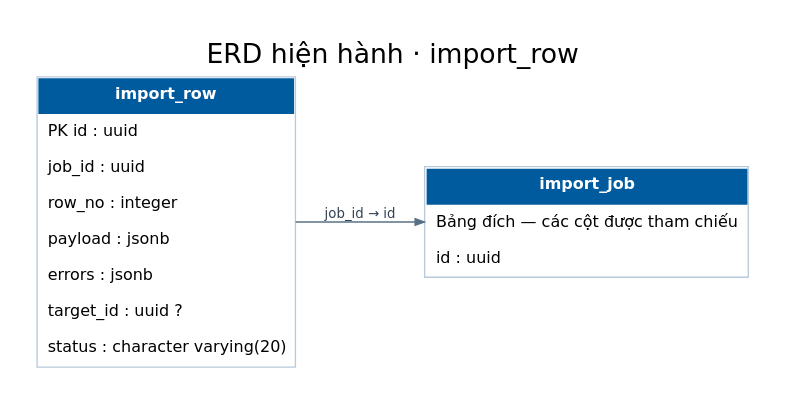
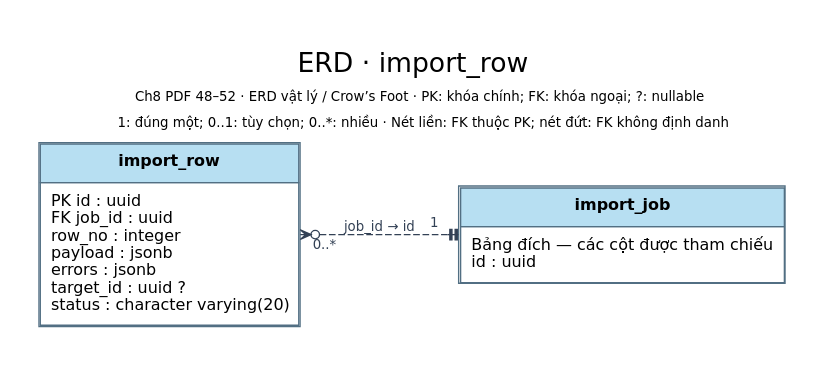
The diagram in 03_So_do/Hien_hanh/dot/ERD_import_row.dot (TEAM-DEV-FIVE/WMS_BA_2_0), drawn with Graphviz before and after one commit. The commit also changed 295 other files, not shown here.

Commit message:
docs: align current diagrams with BA notation and streamline READMEs

```diff
--- a/03_So_do/Hien_hanh/dot/ERD_import_row.dot
+++ b/03_So_do/Hien_hanh/dot/ERD_import_row.dot
@@ -1,9 +1,9 @@
 digraph WMS {
-graph [rankdir=LR, bgcolor="white", nodesep=.32, ranksep=.6, pad=.28];
+graph [rankdir=LR, bgcolor="white", nodesep=.5, ranksep=.9, pad=.3];
 node [shape=plain, fontname="DejaVu Sans", fontsize=12];
-edge [fontname="DejaVu Sans", fontsize=10, color="#567086", fontcolor="#334155", arrowsize=.7];
-label="ERD hiện hành · import_row"; labelloc=t; fontname="DejaVu Sans"; fontsize=20;
-"import_row" [label=<<TABLE BORDER="1" CELLBORDER="0" CELLSPACING="0" CELLPADDING="7" COLOR="#b7c9da"><TR><TD BGCOLOR="#005b9e"><FONT COLOR="white"><B>import_row</B></FONT></TD></TR><TR><TD ALIGN="LEFT">PK id : uuid</TD></TR><TR><TD ALIGN="LEFT">job_id : uuid</TD></TR><TR><TD ALIGN="LEFT">row_no : integer</TD></TR><TR><TD ALIGN="LEFT">payload : jsonb</TD></TR><TR><TD ALIGN="LEFT">errors : jsonb</TD></TR><TR><TD ALIGN="LEFT">target_id : uuid ?</TD></TR><TR><TD ALIGN="LEFT">status : character varying(20)</TD></TR></TABLE>>];
-"import_job" [label=<<TABLE BORDER="1" CELLBORDER="0" CELLSPACING="0" CELLPADDING="7" COLOR="#b7c9da"><TR><TD BGCOLOR="#005b9e"><FONT COLOR="white"><B>import_job</B></FONT></TD></TR><TR><TD ALIGN="LEFT">Bảng đích — các cột được tham chiếu</TD></TR><TR><TD ALIGN="LEFT">id : uuid</TD></TR></TABLE>>];
-"import_row" -> "import_job" [label="job_id → id"];
+edge [fontname="DejaVu Sans", fontsize=10, color="#334155", fontcolor="#334155", arrowsize=.8];
+label=<<TABLE BORDER="0" CELLBORDER="0" CELLPADDING="3"><TR><TD><FONT POINT-SIZE="20">ERD · import_row</FONT></TD></TR><TR><TD><FONT POINT-SIZE="10">Ch8 PDF 48–52 · ERD vật lý / Crow’s Foot · PK: khóa chính; FK: khóa ngoại; ?: nullable</FONT></TD></TR><TR><TD><FONT POINT-SIZE="10">1: đúng một; 0..1: tùy chọn; 0..*: nhiều · Nét liền: FK thuộc PK; nét đứt: FK không định danh</FONT></TD></TR></TABLE>>; labelloc=t; fontname="DejaVu Sans"; fontsize=16;
+"import_row" [label=<<TABLE BORDER="1" CELLBORDER="1" CELLSPACING="0" CELLPADDING="7" COLOR="#526f83"><TR><TD BGCOLOR="#b7dff2"><B>import_row</B></TD></TR><TR><TD ALIGN="LEFT" BALIGN="LEFT">PK id : uuid<BR ALIGN="LEFT"/>FK job_id : uuid<BR ALIGN="LEFT"/>row_no : integer<BR ALIGN="LEFT"/>payload : jsonb<BR ALIGN="LEFT"/>errors : jsonb<BR ALIGN="LEFT"/>target_id : uuid ?<BR ALIGN="LEFT"/>status : character varying(20)</TD></TR></TABLE>>];
+"import_job" [label=<<TABLE BORDER="1" CELLBORDER="1" CELLSPACING="0" CELLPADDING="7" COLOR="#526f83"><TR><TD BGCOLOR="#b7dff2"><B>import_job</B></TD></TR><TR><TD ALIGN="LEFT" BALIGN="LEFT">Bảng đích — các cột được tham chiếu<BR ALIGN="LEFT"/>id : uuid</TD></TR></TABLE>>];
+"import_row" -> "import_job" [label="job_id → id", dir="both", arrowtail="crowodot", arrowhead="teetee", taillabel="0..*", headlabel="1", labeldistance="2", style="dashed"];
 }
```
